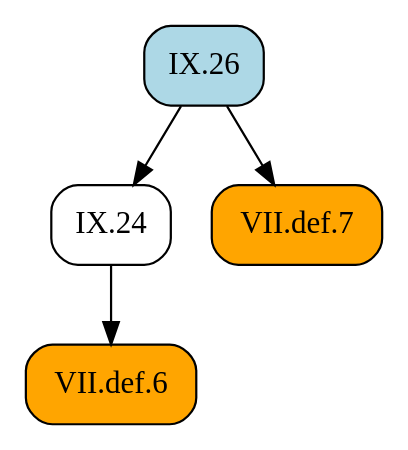
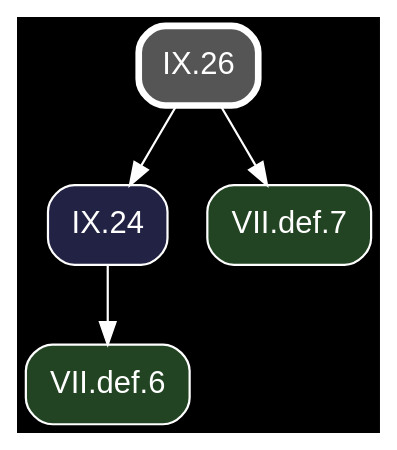
The diagram in docsrc/heath/IX/26/index.rst (geometor/elements), drawn with Graphviz before and after one commit. The commit also changed other lines of this file and 1200 other files, not shown here.

Commit message:
update dependency graphs

```diff
--- a/docsrc/heath/IX/26/index.rst
+++ b/docsrc/heath/IX/26/index.rst
@@ -28,13 +28,15 @@
 .. graphviz::
 
    digraph {
+     bgcolor="black";
+     node [shape=box, style="rounded,filled", fontname="Helvetica", color="white", fontcolor="white"];
+     edge [color="white", fontcolor="white"];
      rankdir="TB";
-     node [shape=box, style=rounded];
-     "IX.24" [URL="/heath/IX/24/", target="_top"];
-     "VII.def.7" [style="rounded,filled", fillcolor=orange, URL="/heath/VII/def.7/", target="_top"];
-     "VII.def.6" [style="rounded,filled", fillcolor=orange, URL="/heath/VII/def.6/", target="_top"];
-     "IX.26" [style="rounded,filled", fillcolor=lightblue, URL="/heath/IX/26/", target="_top"];
+     "IX.24" [fillcolor="#222244", URL="/heath/IX/24/", target="_top"];
+     "IX.26" [penwidth=3, color="white", fillcolor="#555555", URL="/heath/IX/26/", target="_top"];
+     "VII.def.7" [fillcolor="#224422", URL="/heath/VII/def.7/", target="_top"];
+     "VII.def.6" [fillcolor="#224422", URL="/heath/VII/def.6/", target="_top"];
      "IX.26" -> "IX.24";
      "IX.26" -> "VII.def.7";
      "IX.24" -> "VII.def.6";
    }
```
